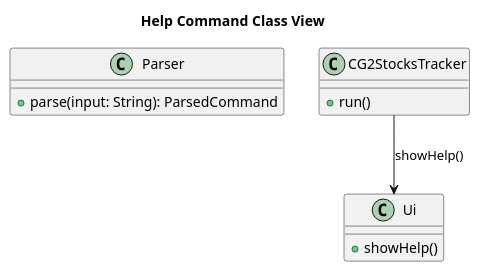
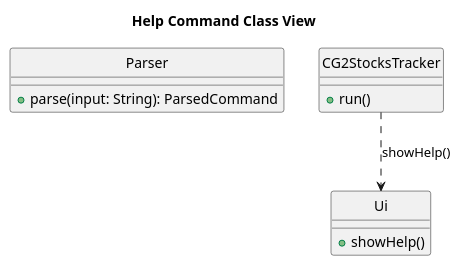
Before and after one commit to zenweilow/tp: the diagram in docs/diagrams/UML/help-command-class.puml, drawn with PlantUML. The commit also changed 26 other files, not shown here.

Commit message:
Fix colon in sequence diagrams, C in class diagrams

```diff
--- a/docs/diagrams/UML/help-command-class.puml
+++ b/docs/diagrams/UML/help-command-class.puml
@@ -1,17 +1,18 @@
 @startuml
 title Help Command Class View
+hide circle
 
 class Parser {
   + parse(input: String): ParsedCommand
 }
 
 class CG2StocksTracker {
   + run()
 }
 
 class Ui {
   + showHelp()
 }
 
-CG2StocksTracker --> Ui : showHelp()
+CG2StocksTracker ..> Ui : showHelp()
 @enduml
```
